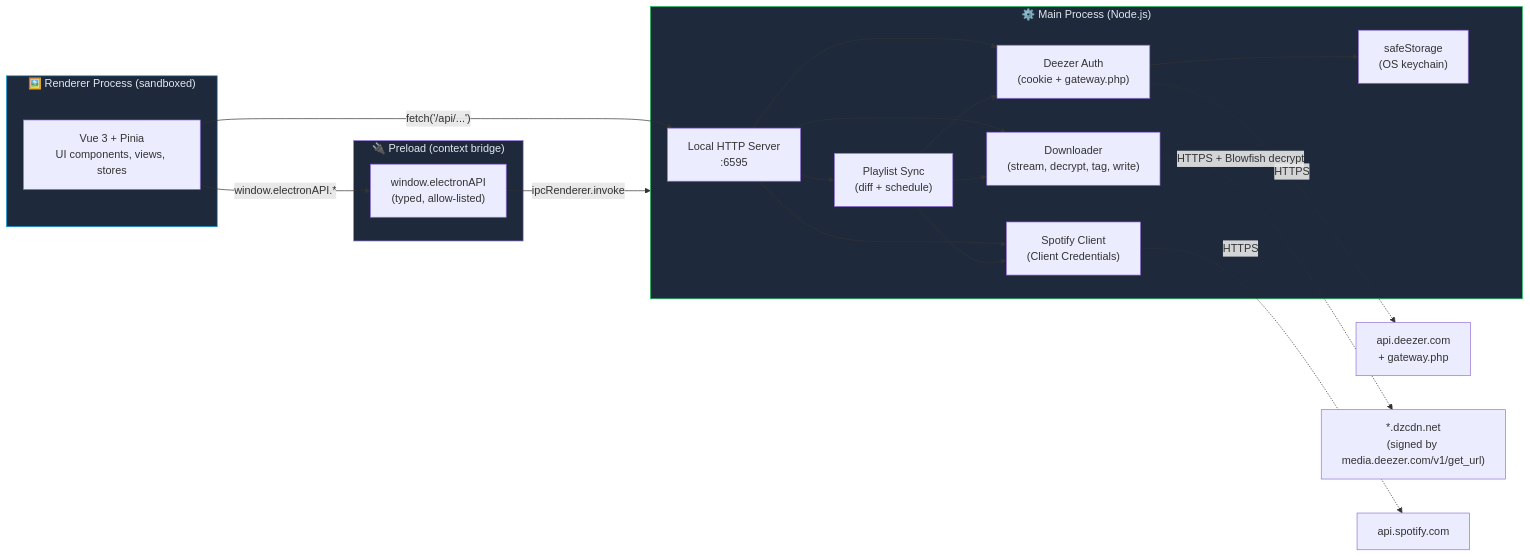
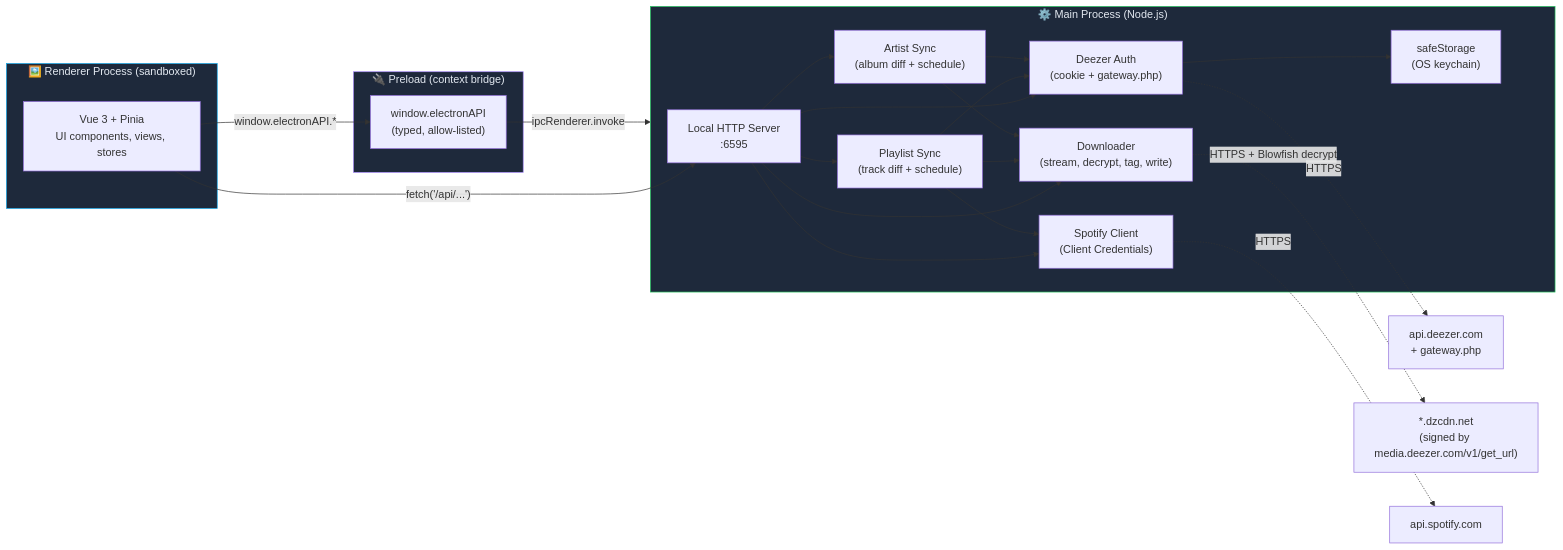
The diagram in docs/ARCHITECTURE.md (DRAZY/deemix-app), drawn with Mermaid before and after one commit. The commit also changed other lines of this file and 6 other files, not shown here.

````diff
--- a/docs/ARCHITECTURE.md
+++ b/docs/ARCHITECTURE.md
@@ -11,40 +11,44 @@
 ```mermaid
 flowchart LR
     subgraph Renderer["🖼️ Renderer Process (sandboxed)"]
         Vue["Vue 3 + Pinia<br/>UI components, views, stores"]
     end
 
     subgraph Preload["🔌 Preload (context bridge)"]
         Bridge["window.electronAPI<br/>(typed, allow-listed)"]
     end
 
     subgraph Main["⚙️ Main Process (Node.js)"]
         Server["Local HTTP Server<br/>:6595"]
         Auth["Deezer Auth<br/>(cookie + gateway.php)"]
         Downloader["Downloader<br/>(stream, decrypt, tag, write)"]
         Spotify["Spotify Client<br/>(Client Credentials)"]
-        Sync["Playlist Sync<br/>(diff + schedule)"]
+        Sync["Playlist Sync<br/>(track diff + schedule)"]
+        ArtistSyncS["Artist Sync<br/>(album diff + schedule)"]
         Storage["safeStorage<br/>(OS keychain)"]
     end
 
     Vue -->|"fetch('/api/...')"| Server
     Vue -->|"window.electronAPI.*"| Bridge
     Bridge -->|"ipcRenderer.invoke"| Main
 
     Server --> Auth
     Server --> Downloader
     Server --> Spotify
     Server --> Sync
+    Server --> ArtistSyncS
     Auth --> Storage
 
     Auth -.->|"HTTPS"| DeezerWeb["api.deezer.com<br/>+ gateway.php"]
     Downloader -.->|"HTTPS + Blowfish decrypt"| DeezerCDN["*.dzcdn.net<br/>(signed by media.deezer.com/v1/get_url)"]
     Spotify -.->|"HTTPS"| SpotifyAPI["api.spotify.com"]
     Sync --> Auth
     Sync --> Spotify
     Sync --> Downloader
+    ArtistSyncS --> Auth
+    ArtistSyncS --> Downloader
 
     style Renderer fill:#1e293b,color:#e2e8f0,stroke:#0ea5e9
     style Preload fill:#1e293b,color:#e2e8f0,stroke:#a78bfa
     style Main fill:#1e293b,color:#e2e8f0,stroke:#22c55e
 ```
````
